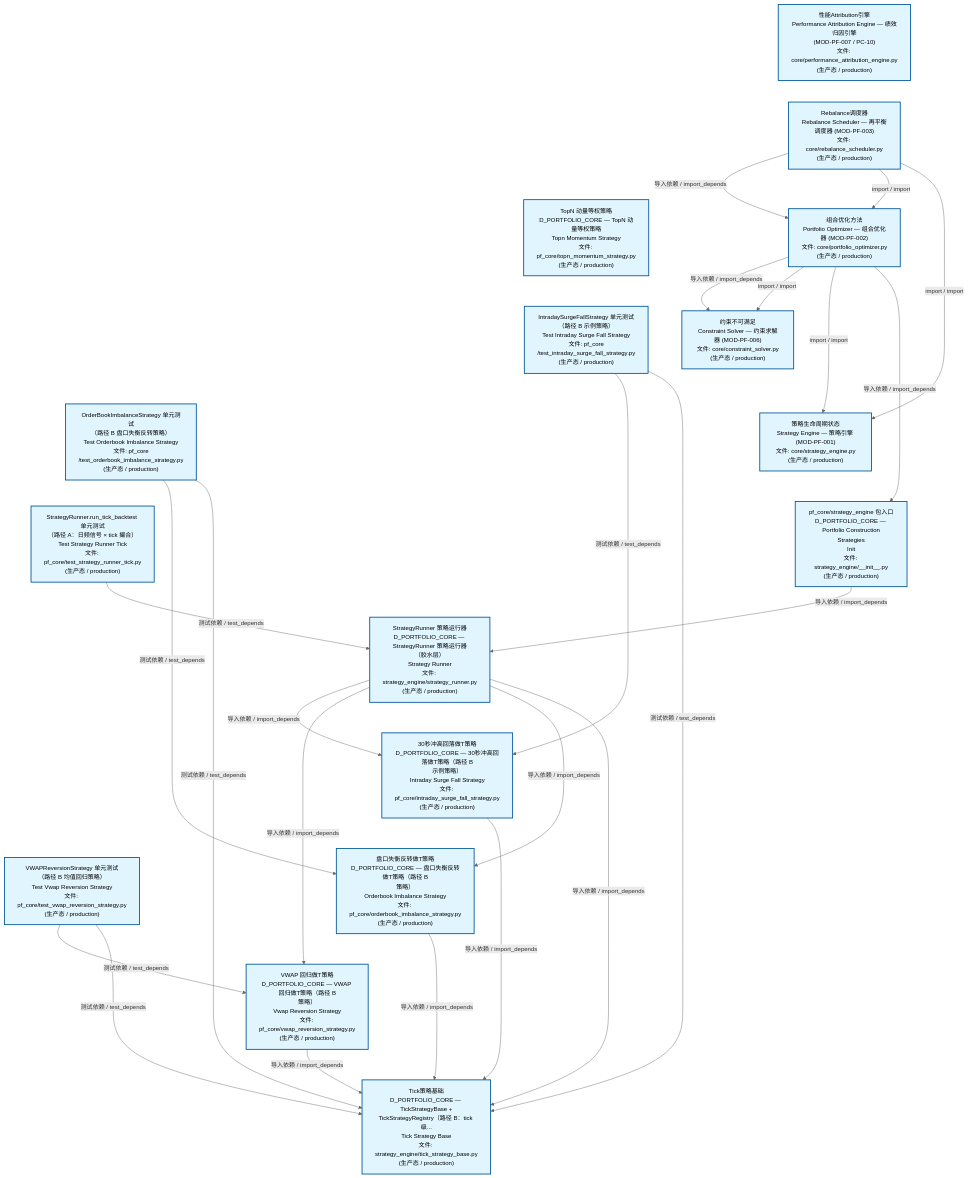
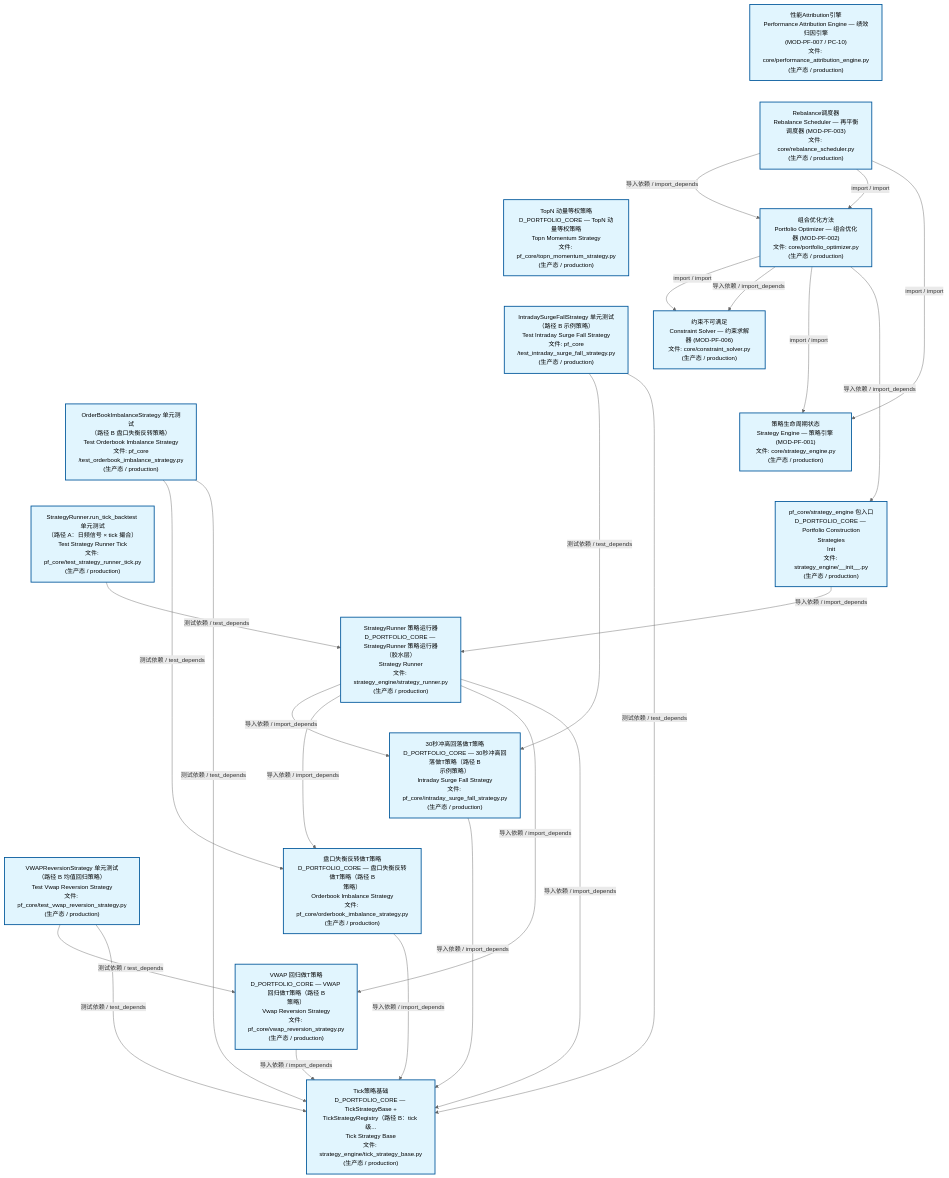
Before and after one commit to xuanFelixVan/ZephyrAlpha: the second of 3 diagrams in docs/02_enterprise_architecture/02_domain_architecture_docs/63_d_pf_core.md, drawn with Mermaid. The commit also changed other lines of this file and 42 other files, not shown here.

````diff
--- a/docs/02_enterprise_architecture/02_domain_architecture_docs/63_d_pf_core.md
+++ b/docs/02_enterprise_architecture/02_domain_architecture_docs/63_d_pf_core.md
@@ -140,57 +140,57 @@
 ```mermaid
 %%{init: {'theme': 'base', 'themeVariables': {'primaryColor': '#eaeaea', 'primaryTextColor': '#333333', 'primaryBorderColor': '#666666', 'lineColor': '#666666', 'secondaryColor': '#eaeaea', 'tertiaryColor': '#eaeaea', 'fontSize': '14px'}}}%%
 flowchart TD
     src_zephyr_pf_core_core_performance_attribution_engine_py["性能Attribution引擎<br/>Performance Attribution Engine — 绩效归因引擎<br/>(MOD-PF-007 / PC-10)<br/>文件: core/performance_attribution_engine.py<br/>(生产态 / production)"]
     src_zephyr_pf_core_core_rebalance_scheduler_py["Rebalance调度器<br/>Rebalance Scheduler — 再平衡调度器 (MOD-PF-003)<br/>文件: core/rebalance_scheduler.py<br/>(生产态 / production)"]
     src_zephyr_pf_core_topn_momentum_strategy_py["TopN 动量等权策略<br/>D_PORTFOLIO_CORE — TopN 动量等权策略<br/>Topn Momentum Strategy<br/>文件: pf_core/topn_momentum_strategy.py<br/>(生产态 / production)"]
     tests_pf_core_test_intraday_surge_fall_strategy_py["IntradaySurgeFallStrategy 单元测试<br/>（路径 B 示例策略）<br/>Test Intraday Surge Fall Strategy<br/>文件: pf_core<br/>/test_intraday_surge_fall_strategy.py<br/>(生产态 / production)"]
     tests_pf_core_test_orderbook_imbalance_strategy_py["OrderBookImbalanceStrategy 单元测试<br/>（路径 B 盘口失衡反转策略）<br/>Test Orderbook Imbalance Strategy<br/>文件: pf_core<br/>/test_orderbook_imbalance_strategy.py<br/>(生产态 / production)"]
     tests_pf_core_test_strategy_runner_tick_py["StrategyRunner.run_tick_backtest 单元测试<br/>（路径 A：日频信号 × tick 撮合）<br/>Test Strategy Runner Tick<br/>文件: pf_core/test_strategy_runner_tick.py<br/>(生产态 / production)"]
     tests_pf_core_test_vwap_reversion_strategy_py["VWAPReversionStrategy 单元测试<br/>（路径 B 均值回归策略）<br/>Test Vwap Reversion Strategy<br/>文件: pf_core/test_vwap_reversion_strategy.py<br/>(生产态 / production)"]
     src_zephyr_pf_core_core_performance_attribution_engine_py ~~~ src_zephyr_pf_core_core_rebalance_scheduler_py
     src_zephyr_pf_core_core_rebalance_scheduler_py ~~~ src_zephyr_pf_core_topn_momentum_strategy_py
     src_zephyr_pf_core_topn_momentum_strategy_py ~~~ tests_pf_core_test_intraday_surge_fall_strategy_py
     tests_pf_core_test_intraday_surge_fall_strategy_py ~~~ tests_pf_core_test_orderbook_imbalance_strategy_py
     tests_pf_core_test_orderbook_imbalance_strategy_py ~~~ tests_pf_core_test_strategy_runner_tick_py
     tests_pf_core_test_strategy_runner_tick_py ~~~ tests_pf_core_test_vwap_reversion_strategy_py
     src_zephyr_pf_core_core_portfolio_optimizer_py["组合优化方法<br/>Portfolio Optimizer — 组合优化器 (MOD-PF-002)<br/>文件: core/portfolio_optimizer.py<br/>(生产态 / production)"]
     src_zephyr_pf_core_core_constraint_solver_py["约束不可满足<br/>Constraint Solver — 约束求解器 (MOD-PF-006)<br/>文件: core/constraint_solver.py<br/>(生产态 / production)"]
     src_zephyr_pf_core_core_strategy_engine_py["策略生命周期状态<br/>Strategy Engine — 策略引擎 (MOD-PF-001)<br/>文件: core/strategy_engine.py<br/>(生产态 / production)"]
     src_zephyr_pf_core_strategy_engine_init_py["pf_core/strategy_engine 包入口<br/>D_PORTFOLIO_CORE — Portfolio Construction<br/>Strategies<br/>Init<br/>文件: strategy_engine/__init__.py<br/>(生产态 / production)"]
     src_zephyr_pf_core_core_constraint_solver_py ~~~ src_zephyr_pf_core_core_strategy_engine_py
     src_zephyr_pf_core_core_strategy_engine_py ~~~ src_zephyr_pf_core_strategy_engine_init_py
     src_zephyr_pf_core_strategy_engine_strategy_runner_py["StrategyRunner 策略运行器<br/>D_PORTFOLIO_CORE — StrategyRunner 策略运行器<br/>（胶水层）<br/>Strategy Runner<br/>文件: strategy_engine/strategy_runner.py<br/>(生产态 / production)"]
     src_zephyr_pf_core_intraday_surge_fall_strategy_py["30秒冲高回落做T策略<br/>D_PORTFOLIO_CORE — 30秒冲高回落做T策略（路径 B<br/>示例策略）<br/>Intraday Surge Fall Strategy<br/>文件: pf_core/intraday_surge_fall_strategy.py<br/>(生产态 / production)"]
     src_zephyr_pf_core_orderbook_imbalance_strategy_py["盘口失衡反转做T策略<br/>D_PORTFOLIO_CORE — 盘口失衡反转做T策略（路径 B<br/>策略）<br/>Orderbook Imbalance Strategy<br/>文件: pf_core/orderbook_imbalance_strategy.py<br/>(生产态 / production)"]
     src_zephyr_pf_core_vwap_reversion_strategy_py["VWAP 回归做T策略<br/>D_PORTFOLIO_CORE — VWAP 回归做T策略（路径 B<br/>策略）<br/>Vwap Reversion Strategy<br/>文件: pf_core/vwap_reversion_strategy.py<br/>(生产态 / production)"]
     src_zephyr_pf_core_intraday_surge_fall_strategy_py ~~~ src_zephyr_pf_core_orderbook_imbalance_strategy_py
     src_zephyr_pf_core_orderbook_imbalance_strategy_py ~~~ src_zephyr_pf_core_vwap_reversion_strategy_py
     src_zephyr_pf_core_strategy_engine_tick_strategy_base_py["Tick策略基础<br/>D_PORTFOLIO_CORE — TickStrategyBase +<br/>TickStrategyRegistry（路径 B：tick 级...<br/>Tick Strategy Base<br/>文件: strategy_engine/tick_strategy_base.py<br/>(生产态 / production)"]
     src_zephyr_pf_core_intraday_surge_fall_strategy_py -->|导入依赖 / import_depends| src_zephyr_pf_core_strategy_engine_tick_strategy_base_py
+    src_zephyr_pf_core_orderbook_imbalance_strategy_py -->|导入依赖 / import_depends| src_zephyr_pf_core_strategy_engine_tick_strategy_base_py
     src_zephyr_pf_core_vwap_reversion_strategy_py -->|导入依赖 / import_depends| src_zephyr_pf_core_strategy_engine_tick_strategy_base_py
-    src_zephyr_pf_core_orderbook_imbalance_strategy_py -->|导入依赖 / import_depends| src_zephyr_pf_core_strategy_engine_tick_strategy_base_py
-    src_zephyr_pf_core_core_portfolio_optimizer_py -->|导入依赖 / import_depends| src_zephyr_pf_core_core_constraint_solver_py
-    src_zephyr_pf_core_core_portfolio_optimizer_py -->|import / import| src_zephyr_pf_core_core_constraint_solver_py
-    src_zephyr_pf_core_core_portfolio_optimizer_py -->|import / import| src_zephyr_pf_core_core_strategy_engine_py
-    src_zephyr_pf_core_core_portfolio_optimizer_py -->|导入依赖 / import_depends| src_zephyr_pf_core_strategy_engine_init_py
     src_zephyr_pf_core_core_rebalance_scheduler_py -->|导入依赖 / import_depends| src_zephyr_pf_core_core_portfolio_optimizer_py
     src_zephyr_pf_core_core_rebalance_scheduler_py -->|import / import| src_zephyr_pf_core_core_portfolio_optimizer_py
     src_zephyr_pf_core_core_rebalance_scheduler_py -->|import / import| src_zephyr_pf_core_core_strategy_engine_py
+    src_zephyr_pf_core_core_portfolio_optimizer_py -->|import / import| src_zephyr_pf_core_core_constraint_solver_py
+    src_zephyr_pf_core_core_portfolio_optimizer_py -->|导入依赖 / import_depends| src_zephyr_pf_core_core_constraint_solver_py
+    src_zephyr_pf_core_core_portfolio_optimizer_py -->|import / import| src_zephyr_pf_core_core_strategy_engine_py
+    src_zephyr_pf_core_core_portfolio_optimizer_py -->|导入依赖 / import_depends| src_zephyr_pf_core_strategy_engine_init_py
+    src_zephyr_pf_core_strategy_engine_strategy_runner_py -->|导入依赖 / import_depends| src_zephyr_pf_core_intraday_surge_fall_strategy_py
+    src_zephyr_pf_core_strategy_engine_strategy_runner_py -->|导入依赖 / import_depends| src_zephyr_pf_core_orderbook_imbalance_strategy_py
+    src_zephyr_pf_core_strategy_engine_strategy_runner_py -->|导入依赖 / import_depends| src_zephyr_pf_core_vwap_reversion_strategy_py
+    src_zephyr_pf_core_strategy_engine_strategy_runner_py -->|导入依赖 / import_depends| src_zephyr_pf_core_strategy_engine_tick_strategy_base_py
     src_zephyr_pf_core_strategy_engine_init_py -->|导入依赖 / import_depends| src_zephyr_pf_core_strategy_engine_strategy_runner_py
-    src_zephyr_pf_core_strategy_engine_strategy_runner_py -->|导入依赖 / import_depends| src_zephyr_pf_core_intraday_surge_fall_strategy_py
-    src_zephyr_pf_core_strategy_engine_strategy_runner_py -->|导入依赖 / import_depends| src_zephyr_pf_core_vwap_reversion_strategy_py
-    src_zephyr_pf_core_strategy_engine_strategy_runner_py -->|导入依赖 / import_depends| src_zephyr_pf_core_orderbook_imbalance_strategy_py
-    src_zephyr_pf_core_strategy_engine_strategy_runner_py -->|导入依赖 / import_depends| src_zephyr_pf_core_strategy_engine_tick_strategy_base_py
     tests_pf_core_test_intraday_surge_fall_strategy_py -->|测试依赖 / test_depends| src_zephyr_pf_core_intraday_surge_fall_strategy_py
     tests_pf_core_test_intraday_surge_fall_strategy_py -->|测试依赖 / test_depends| src_zephyr_pf_core_strategy_engine_tick_strategy_base_py
     tests_pf_core_test_orderbook_imbalance_strategy_py -->|测试依赖 / test_depends| src_zephyr_pf_core_orderbook_imbalance_strategy_py
     tests_pf_core_test_orderbook_imbalance_strategy_py -->|测试依赖 / test_depends| src_zephyr_pf_core_strategy_engine_tick_strategy_base_py
+    tests_pf_core_test_strategy_runner_tick_py -->|测试依赖 / test_depends| src_zephyr_pf_core_strategy_engine_strategy_runner_py
     tests_pf_core_test_vwap_reversion_strategy_py -->|测试依赖 / test_depends| src_zephyr_pf_core_vwap_reversion_strategy_py
     tests_pf_core_test_vwap_reversion_strategy_py -->|测试依赖 / test_depends| src_zephyr_pf_core_strategy_engine_tick_strategy_base_py
-    tests_pf_core_test_strategy_runner_tick_py -->|测试依赖 / test_depends| src_zephyr_pf_core_strategy_engine_strategy_runner_py
     classDef production fill:#e1f5fe,stroke:#01579b,stroke-width:2px,color:#000
     classDef design fill:#fff3e0,stroke:#e65100,stroke-width:2px,color:#000,stroke-dasharray: 5 5
     classDef external_prod fill:#e8f4fd,stroke:#0277bd,stroke-width:1px,color:#000
     classDef external_design fill:#fff8e7,stroke:#ef6c00,stroke-width:1px,color:#000,stroke-dasharray: 5 5
     class src_zephyr_pf_core_core_constraint_solver_py,src_zephyr_pf_core_core_performance_attribution_engine_py,src_zephyr_pf_core_core_portfolio_optimizer_py,src_zephyr_pf_core_core_rebalance_scheduler_py,src_zephyr_pf_core_core_strategy_engine_py,src_zephyr_pf_core_intraday_surge_fall_strategy_py,src_zephyr_pf_core_orderbook_imbalance_strategy_py,src_zephyr_pf_core_strategy_engine_init_py,src_zephyr_pf_core_strategy_engine_strategy_runner_py,src_zephyr_pf_core_strategy_engine_tick_strategy_base_py,src_zephyr_pf_core_topn_momentum_strategy_py,src_zephyr_pf_core_vwap_reversion_strategy_py,tests_pf_core_test_intraday_surge_fall_strategy_py,tests_pf_core_test_orderbook_imbalance_strategy_py,tests_pf_core_test_strategy_runner_tick_py,tests_pf_core_test_vwap_reversion_strategy_py production
 ```
````
